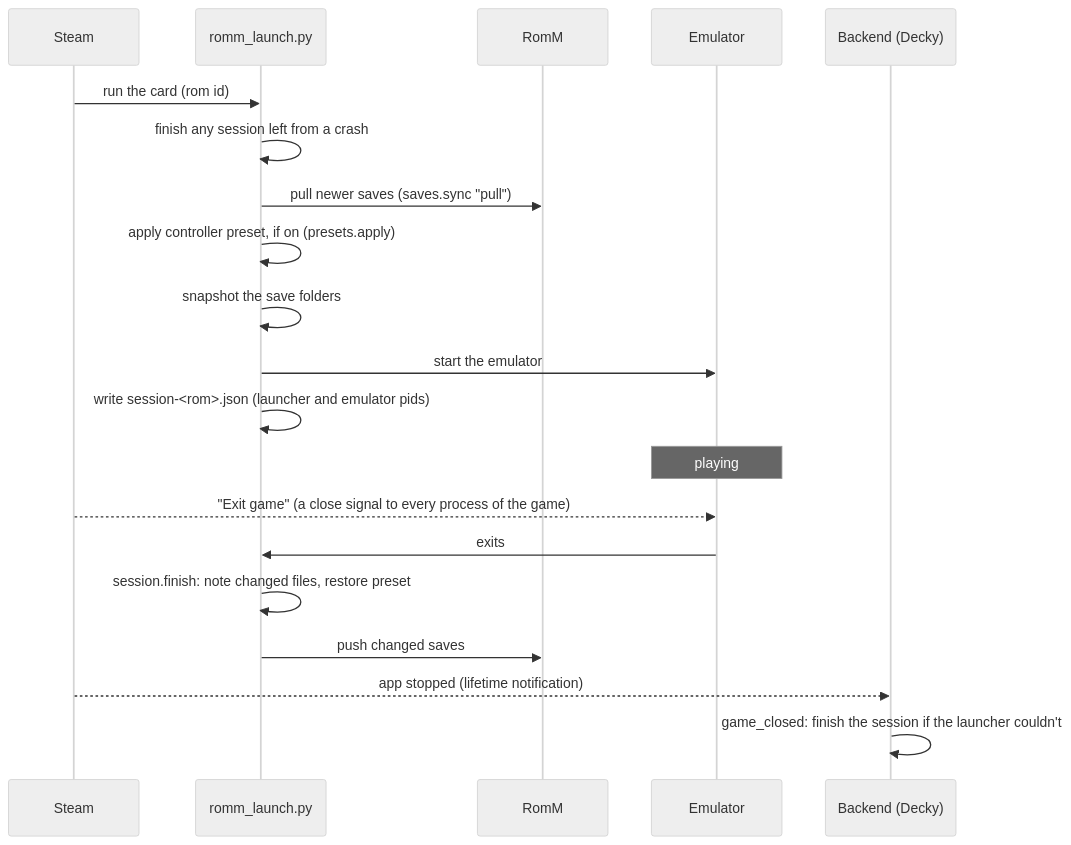
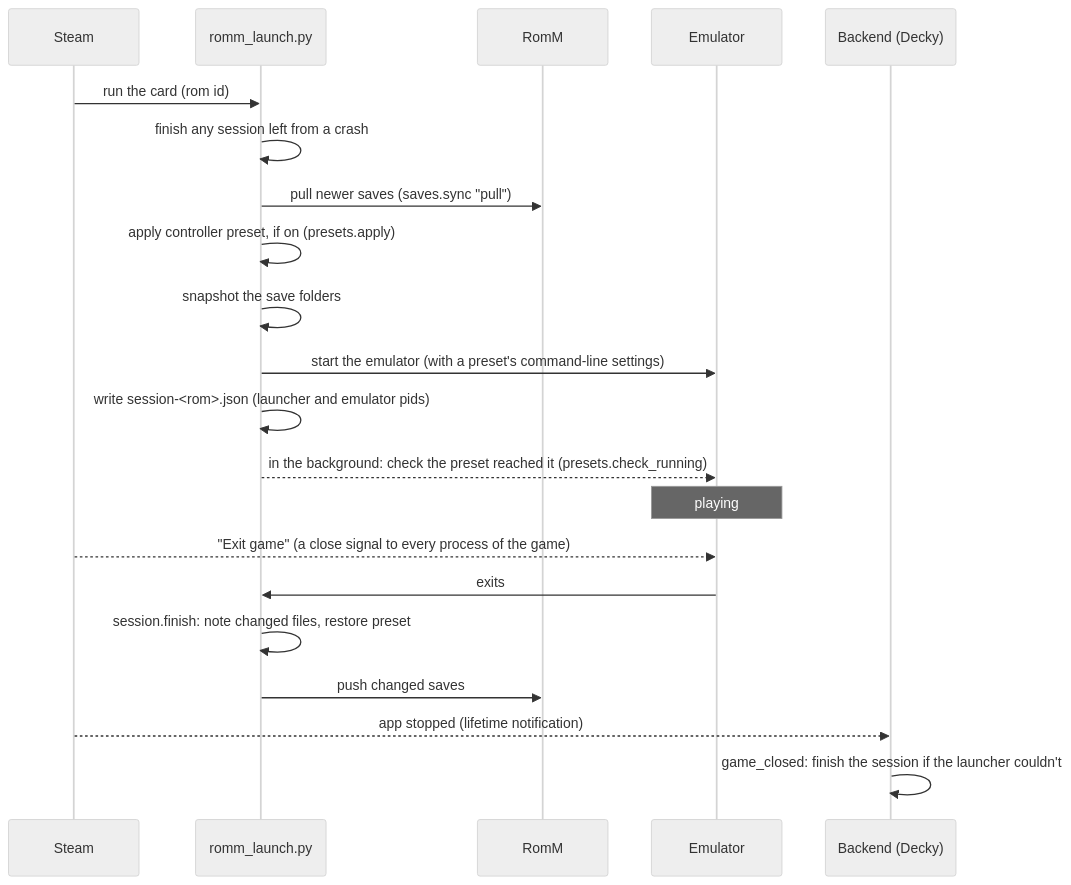
Before and after one commit to soullink9/Decky-RomM_Deck: the second of 3 diagrams in ARCHITECTURE.md, drawn with Mermaid (neutral theme). The commit also changed other lines of this file and 10 other files, not shown here.

````diff
--- a/ARCHITECTURE.md
+++ b/ARCHITECTURE.md
@@ -124,22 +124,23 @@
 ```mermaid
 sequenceDiagram
     participant Steam
     participant L as romm_launch.py
     participant R as RomM
     participant E as Emulator
     participant B as Backend (Decky)
     Steam->>L: run the card (rom id)
     L->>L: finish any session left from a crash
     L->>R: pull newer saves (saves.sync "pull")
     L->>L: apply controller preset, if on (presets.apply)
     L->>L: snapshot the save folders
-    L->>E: start the emulator
+    L->>E: start the emulator (with a preset's command-line settings)
     L->>L: write session-<rom>.json (launcher and emulator pids)
+    L-->>E: in the background: check the preset reached it (presets.check_running)
     Note over E: playing
     Steam-->>E: "Exit game" (a close signal to every process of the game)
     E->>L: exits
     L->>L: session.finish: note changed files, restore preset
     L->>R: push changed saves
     Steam-->>B: app stopped (lifetime notification)
     B->>B: game_closed: finish the session if the launcher couldn't
 ```
````
